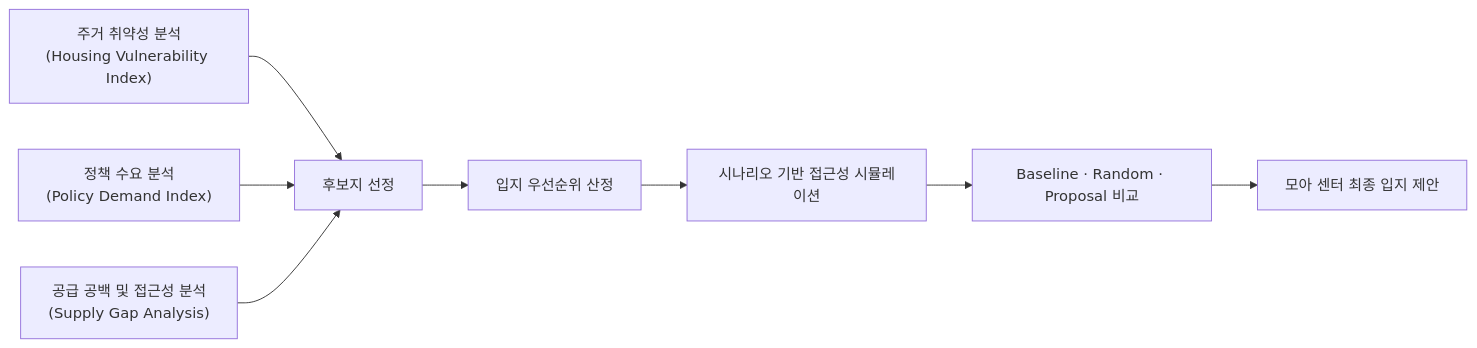
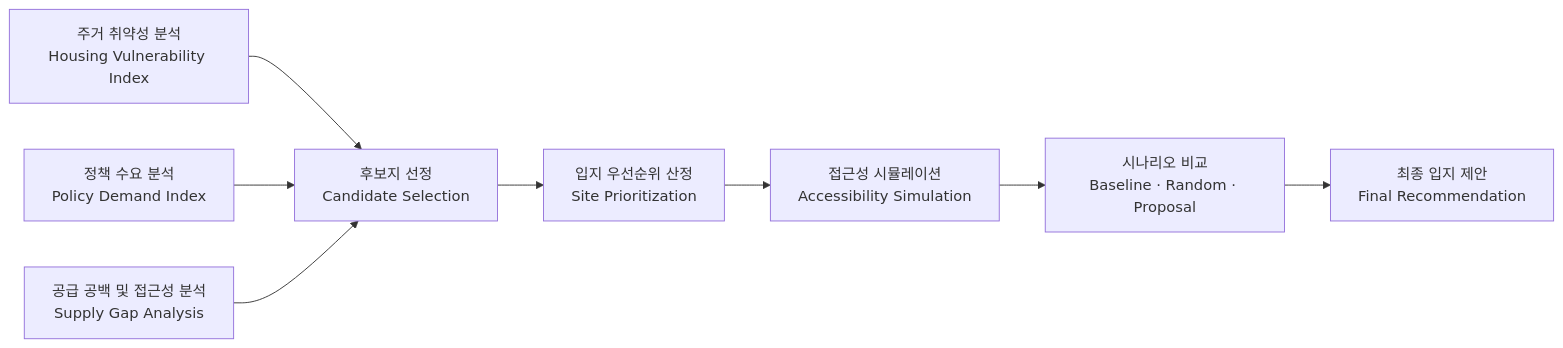
Before and after one commit to hyooos/Moa-Center-Location-Analysis: the diagram in README.md, drawn with Mermaid.

````diff
--- a/README.md
+++ b/README.md
@@ -113,19 +113,19 @@
 ```mermaid
 flowchart LR
 
-A["주거 취약성 분석<br/>(Housing Vulnerability Index)"]
-B["정책 수요 분석<br/>(Policy Demand Index)"]
-C["공급 공백 및 접근성 분석<br/>(Supply Gap Analysis)"]
+A["주거 취약성 분석<br/>Housing Vulnerability Index"]
+B["정책 수요 분석<br/>Policy Demand Index"]
+C["공급 공백 및 접근성 분석<br/>Supply Gap Analysis"]
 
-A --> D["후보지 선정"]
+A --> D["후보지 선정<br/>Candidate Selection"]
 B --> D
 C --> D
 
-D --> E["입지 우선순위 산정"]
+D --> E["입지 우선순위 산정<br/>Site Prioritization"]
 
-E --> F["시나리오 기반 접근성 시뮬레이션"]
+E --> F["접근성 시뮬레이션<br/>Accessibility Simulation"]
 
-F --> G["Baseline · Random · Proposal 비교"]
+F --> G["시나리오 비교<br/>Baseline · Random · Proposal"]
 
-G --> H["모아 센터 최종 입지 제안"]
+G --> H["최종 입지 제안<br/>Final Recommendation"]
 ```
````
